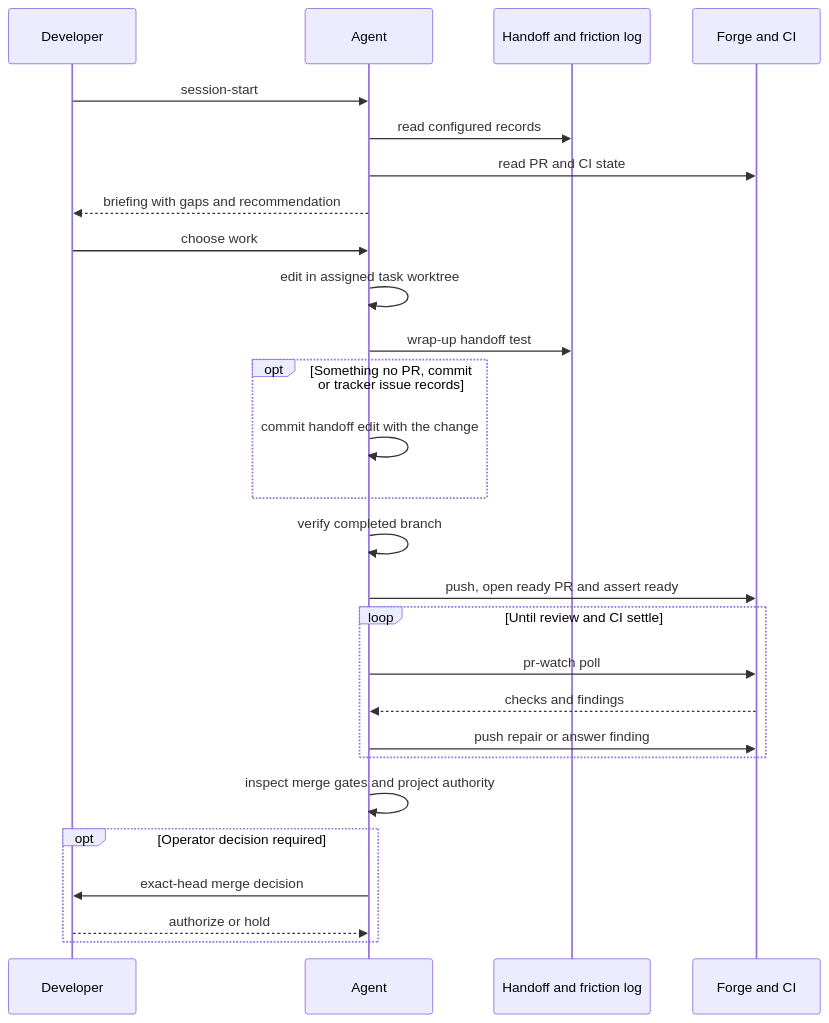
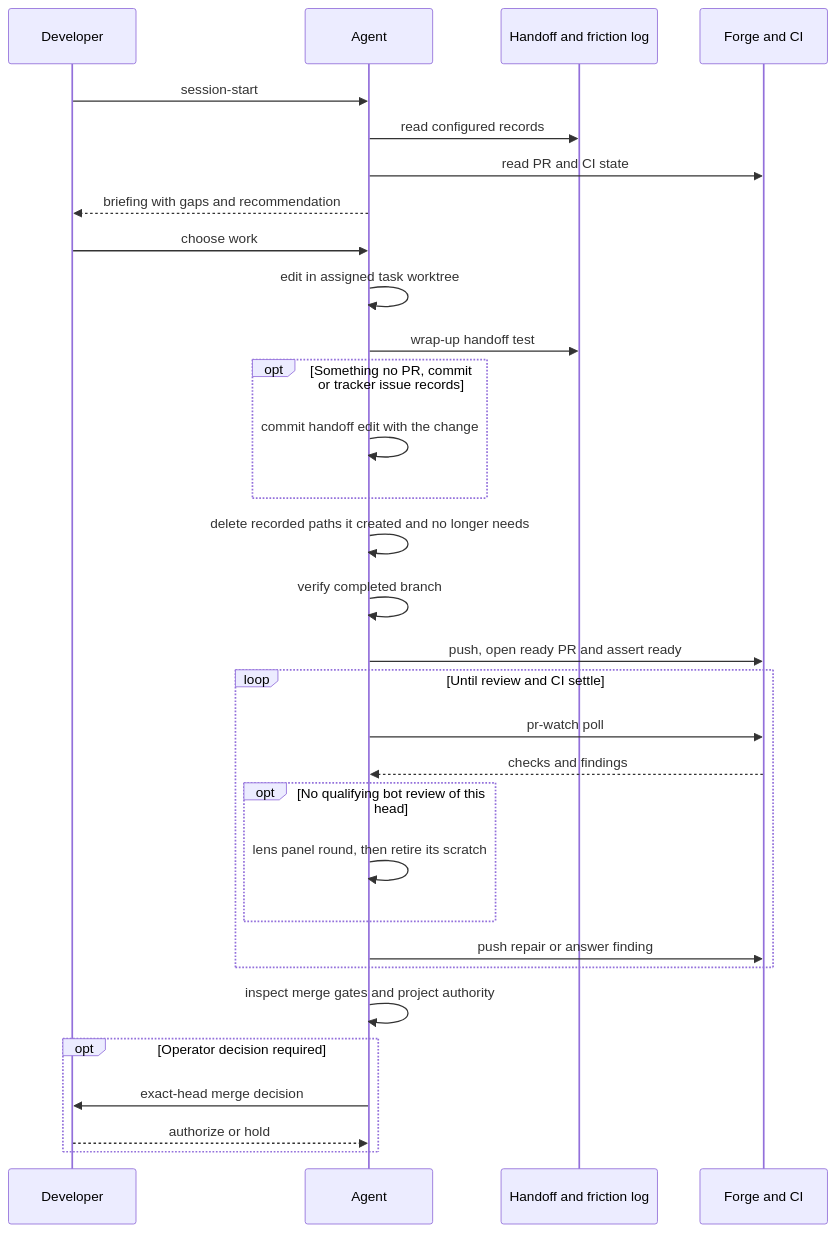
The second of 6 diagrams in docs/architecture.md (topij/agentic-dev-kit), drawn with Mermaid before and after one commit. The commit also changed other lines of this file and 6 other files, not shown here.

First line of the commit message:
docs: bring reader guides and diagrams up to date with recent lane, review and cleanup work

````diff
--- a/docs/architecture.md
+++ b/docs/architecture.md
@@ -86,29 +87,33 @@
 ```mermaid
 sequenceDiagram
     participant Developer
     participant Agent
     participant Records as Handoff and friction log
     participant Forge as Forge and CI
     Developer->>Agent: session-start
     Agent->>Records: read configured records
     Agent->>Forge: read PR and CI state
     Agent-->>Developer: briefing with gaps and recommendation
     Developer->>Agent: choose work
     Agent->>Agent: edit in assigned task worktree
     Agent->>Records: wrap-up handoff test
     opt Something no PR, commit or tracker issue records
         Agent->>Agent: commit handoff edit with the change
     end
+    Agent->>Agent: delete recorded paths it created and no longer needs
     Agent->>Agent: verify completed branch
     Agent->>Forge: push, open ready PR and assert ready
     loop Until review and CI settle
         Agent->>Forge: pr-watch poll
         Forge-->>Agent: checks and findings
+        opt No qualifying bot review of this head
+            Agent->>Agent: lens panel round, then retire its scratch
+        end
         Agent->>Forge: push repair or answer finding
     end
     Agent->>Agent: inspect merge gates and project authority
     opt Operator decision required
         Agent->>Developer: exact-head merge decision
         Developer-->>Agent: authorize or hold
     end
 ```
````
